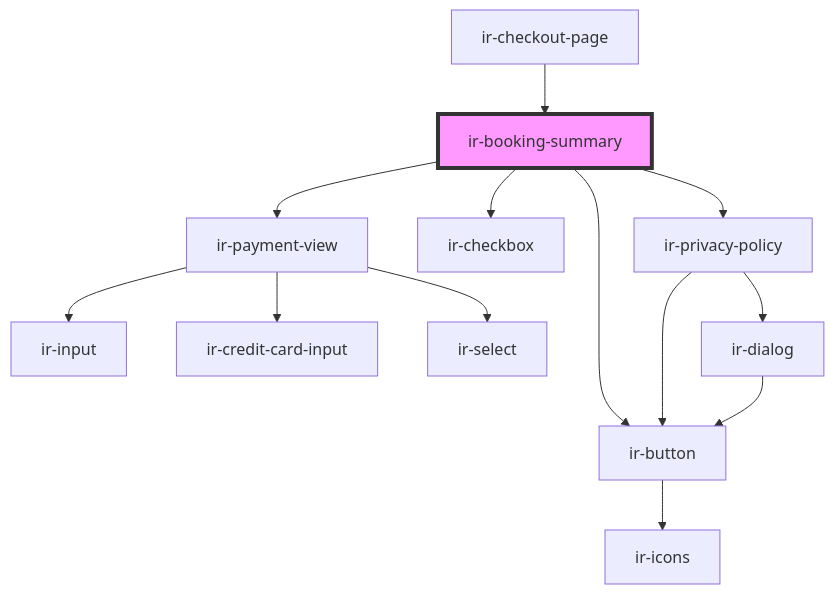
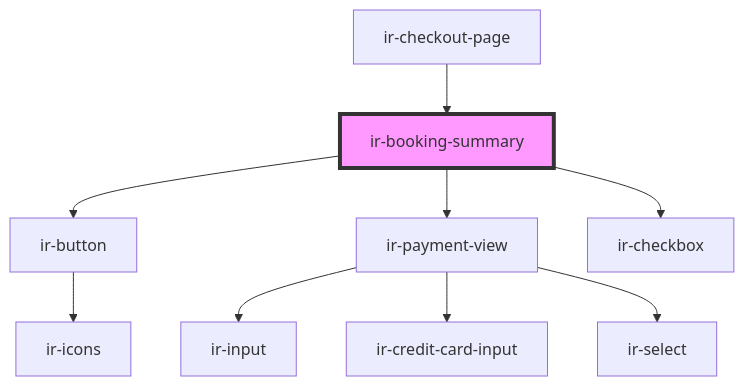
One commit to RonyRizk/ir-be changed the diagram in src/components/ir-booking-engine/ir-checkout-page/ir-booking-summary/readme.md. Above: the diagram before and after it, drawn with Mermaid. The commit also changed other lines of this file and 16 other files, not shown here.

````diff
--- a/src/components/ir-booking-engine/ir-checkout-page/ir-booking-summary/readme.md
+++ b/src/components/ir-booking-engine/ir-checkout-page/ir-booking-summary/readme.md
@@ -38,16 +38,12 @@
 ```mermaid
 graph TD;
   ir-booking-summary --> ir-button
   ir-booking-summary --> ir-payment-view
   ir-booking-summary --> ir-checkbox
-  ir-booking-summary --> ir-privacy-policy
   ir-button --> ir-icons
   ir-payment-view --> ir-input
   ir-payment-view --> ir-credit-card-input
   ir-payment-view --> ir-select
-  ir-privacy-policy --> ir-button
-  ir-privacy-policy --> ir-dialog
-  ir-dialog --> ir-button
   ir-checkout-page --> ir-booking-summary
   style ir-booking-summary fill:#f9f,stroke:#333,stroke-width:4px
 ```
````
